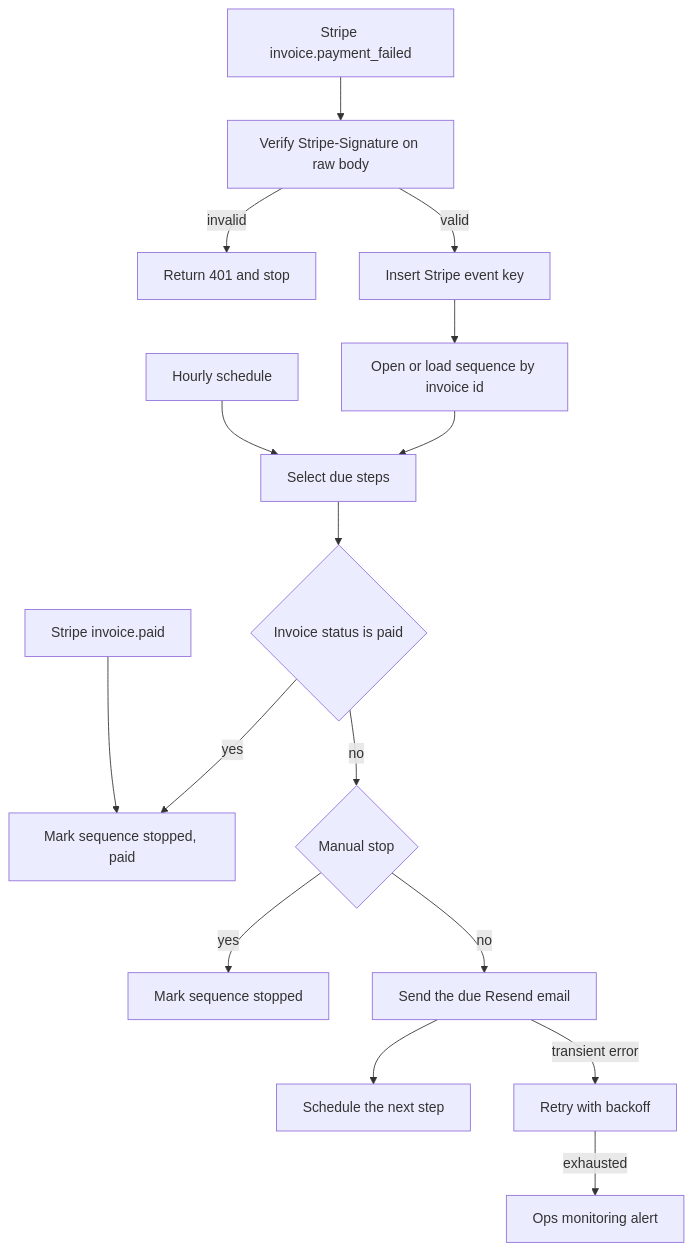
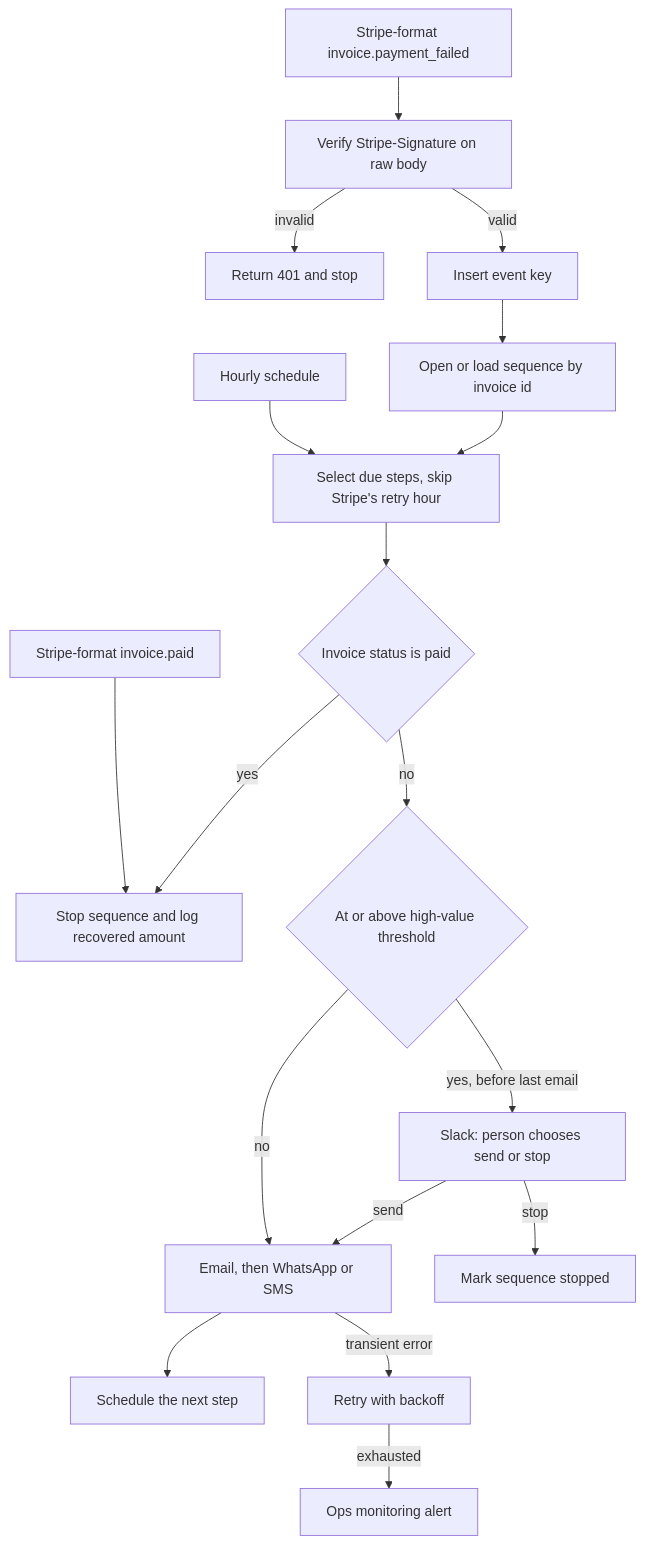
One commit to Raghavdeora27/ai-automation-portfolio changed the diagram in workflows/05-failed-payment-recovery/README.md. Above: the diagram before and after it, drawn with Mermaid. The commit also changed other lines of this file and 29 other files, not shown here.

````diff
--- a/workflows/05-failed-payment-recovery/README.md
+++ b/workflows/05-failed-payment-recovery/README.md
@@ -68,18 +76,20 @@
 ```mermaid
 flowchart TD
-  failed["Stripe invoice.payment_failed"] --> verify["Verify Stripe-Signature on raw body"]
+  failed["Stripe-format invoice.payment_failed"] --> verify["Verify Stripe-Signature on raw body"]
   verify -->|invalid| reject["Return 401 and stop"]
-  verify -->|valid| eventKey["Insert Stripe event key"]
+  verify -->|valid| eventKey["Insert event key"]
   eventKey --> sequence["Open or load sequence by invoice id"]
-  paid["Stripe invoice.paid"] --> stopPaid["Mark sequence stopped, paid"]
-  schedule["Hourly schedule"] --> due["Select due steps"]
+  paid["Stripe-format invoice.paid"] --> recovered["Stop sequence and log recovered amount"]
+  schedule["Hourly schedule"] --> due["Select due steps, skip Stripe's retry hour"]
   sequence --> due
   due --> paidCheck{"Invoice status is paid"}
-  paidCheck -->|yes| stopPaid
-  paidCheck -->|no| manual{"Manual stop"}
-  manual -->|yes| stopOther["Mark sequence stopped"]
-  manual -->|no| send["Send the due Resend email"]
+  paidCheck -->|yes| recovered
+  paidCheck -->|no| high{"At or above high-value threshold"}
+  high -->|yes, before last email| person["Slack: person chooses send or stop"]
+  high -->|no| send["Email, then WhatsApp or SMS"]
+  person -->|send| send
+  person -->|stop| manual["Mark sequence stopped"]
   send --> next["Schedule the next step"]
   send -->|transient error| retry["Retry with backoff"]
   retry -->|exhausted| alert["Ops monitoring alert"]
 ```
````
